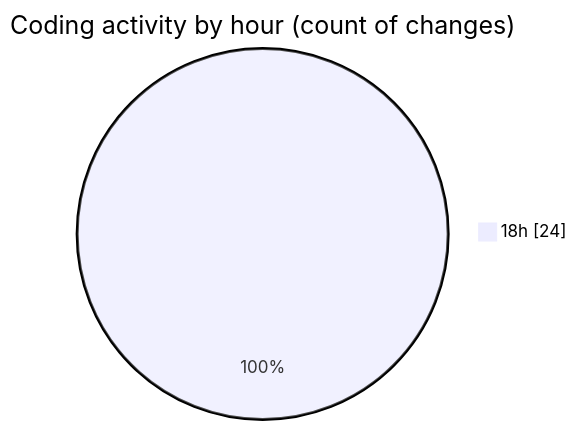
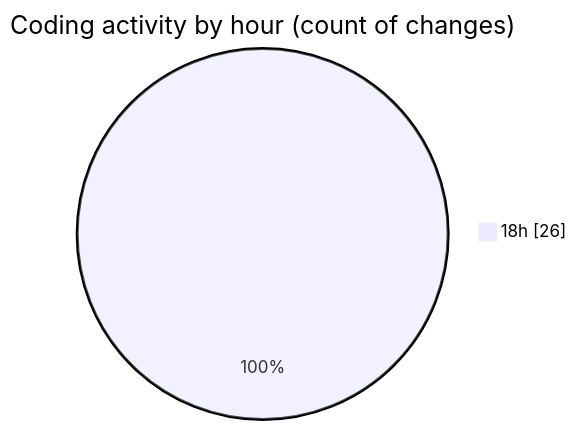
Before and after one commit to donsfak/code-tracking: the second of 2 diagrams in 2025-01-13/trackers_app/README.md, drawn with Mermaid. The commit also changed other lines of this file and 1 other file, not shown here.

````diff
--- a/2025-01-13/trackers_app/README.md
+++ b/2025-01-13/trackers_app/README.md
@@ -29,5 +29,5 @@
 ```mermaid
 pie showData
 title Coding activity by hour (count of changes)
-"18h" : 24
+"18h" : 26
 ```
````
